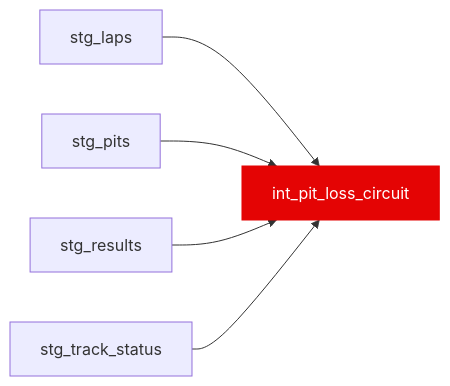
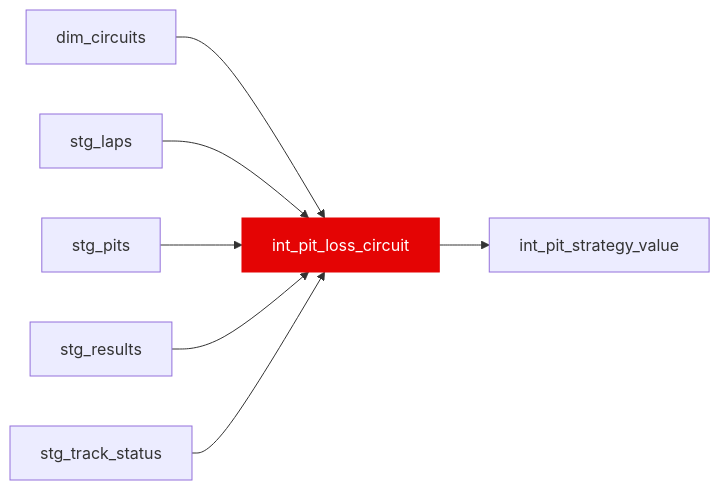
One commit to JustinClarke/off-the-pace changed the diagram in docs/reference/models/int/int_pit_loss_circuit.mdx. Above: the diagram before and after it, drawn with Mermaid. The commit also changed other lines of this file and 89 other files, not shown here.

````diff
--- a/docs/reference/models/int/int_pit_loss_circuit.mdx
+++ b/docs/reference/models/int/int_pit_loss_circuit.mdx
@@ -15,8 +15,10 @@
 ```mermaid
 flowchart LR
+  dim_circuits --> int_pit_loss_circuit
   stg_laps --> int_pit_loss_circuit
   stg_pits --> int_pit_loss_circuit
   stg_results --> int_pit_loss_circuit
   stg_track_status --> int_pit_loss_circuit
+  int_pit_loss_circuit --> int_pit_strategy_value
   style int_pit_loss_circuit fill:#e40404,stroke:#e40404,color:#fff
 ```
````
